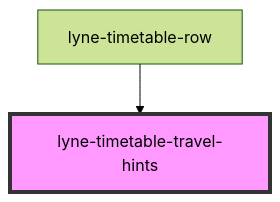
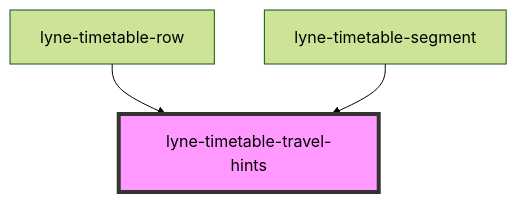
Before and after one commit to schlpbch/lyne-components: the diagram in src/components/lyne-timetable-travel-hints/readme.md, drawn with Mermaid (forest theme). The commit also changed other lines of this file and 15 other files, not shown here.

Commit message:
feat: working on timetable segment component

````diff
--- a/src/components/lyne-timetable-travel-hints/readme.md
+++ b/src/components/lyne-timetable-travel-hints/readme.md
@@ -24,5 +25,6 @@
 ```mermaid
 graph TD;
   lyne-timetable-row --> lyne-timetable-travel-hints
+  lyne-timetable-segment --> lyne-timetable-travel-hints
   style lyne-timetable-travel-hints fill:#f9f,stroke:#333,stroke-width:4px
 ```
````
